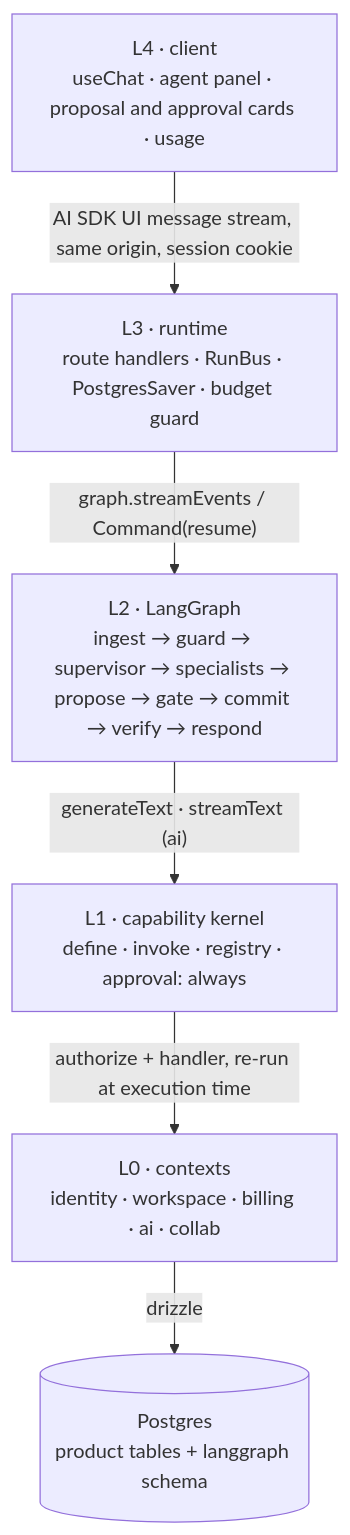
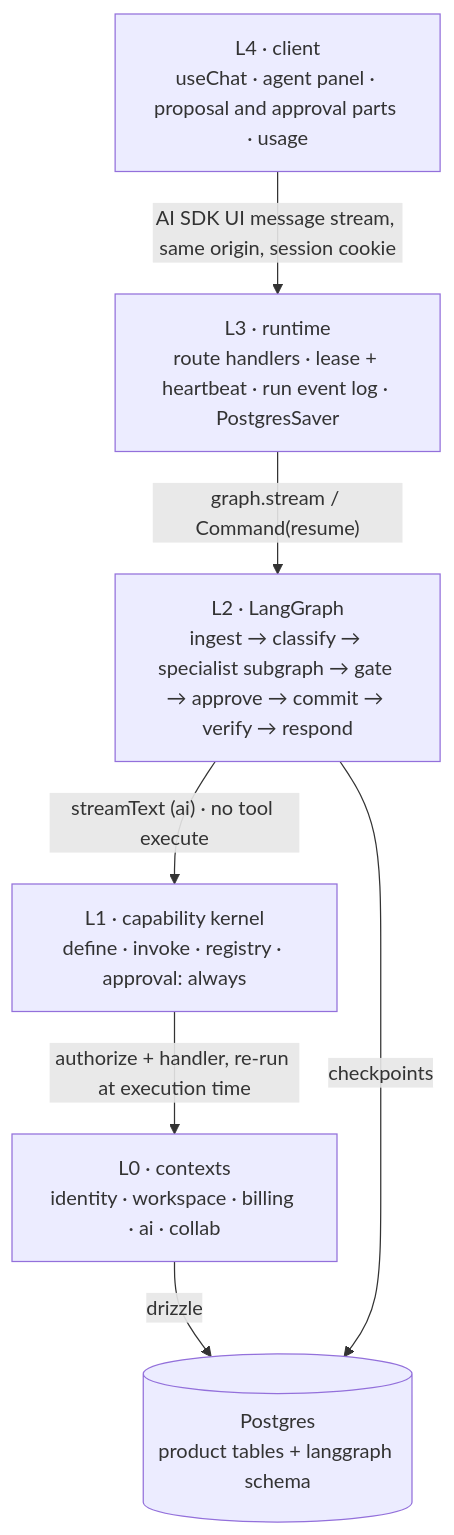
Before and after one commit to misiekhardcore/agentic-whiteboard: the first of 2 diagrams in docs/agent-architecture.md, drawn with Mermaid. The commit also changed other lines of this file and 4 other files, not shown here.

First line of the commit message:
docs: rewrite the agent spec as a greenfield LangGraph design

````diff
--- a/docs/agent-architecture.md
+++ b/docs/agent-architecture.md
@@ -103,15 +100,16 @@
 ```mermaid
 flowchart TD
-    L4["L4 · client<br/>useChat · agent panel · proposal and approval cards · usage"]
-    L3["L3 · runtime<br/>route handlers · RunBus · PostgresSaver · budget guard"]
-    L2["L2 · LangGraph<br/>ingest → guard → supervisor → specialists → propose → gate → commit → verify → respond"]
+    L4["L4 · client<br/>useChat · agent panel · proposal and approval parts · usage"]
+    L3["L3 · runtime<br/>route handlers · lease + heartbeat · run event log · PostgresSaver"]
+    L2["L2 · LangGraph<br/>ingest → classify → specialist subgraph → gate → approve → commit → verify → respond"]
     L1["L1 · capability kernel<br/>define · invoke · registry · approval: always"]
     L0["L0 · contexts<br/>identity · workspace · billing · ai · collab"]
     DB[("Postgres<br/>product tables + langgraph schema")]
 
     L4 -->|"AI SDK UI message stream, same origin, session cookie"| L3
-    L3 -->|"graph.streamEvents / Command(resume)"| L2
-    L2 -->|"generateText · streamText (ai)"| L1
+    L3 -->|"graph.stream / Command(resume)"| L2
+    L2 -->|"streamText (ai) · no tool execute"| L1
     L1 -->|"authorize + handler, re-run at execution time"| L0
     L0 -->|drizzle| DB
+    L2 -->|"checkpoints"| DB
 ```
````
